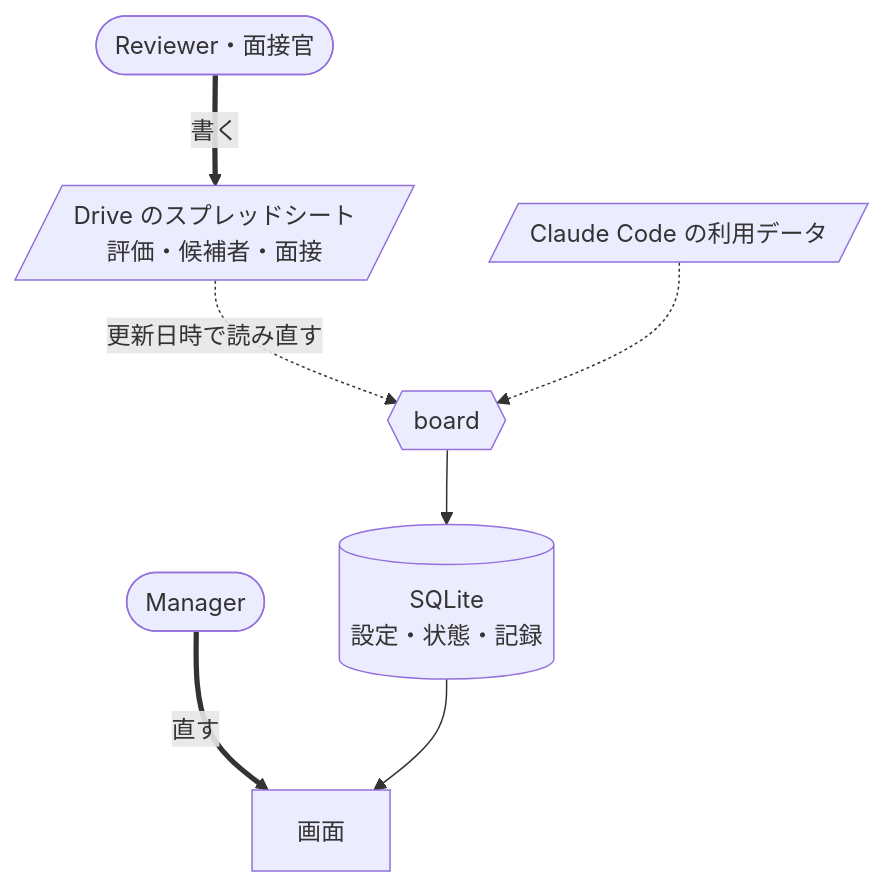
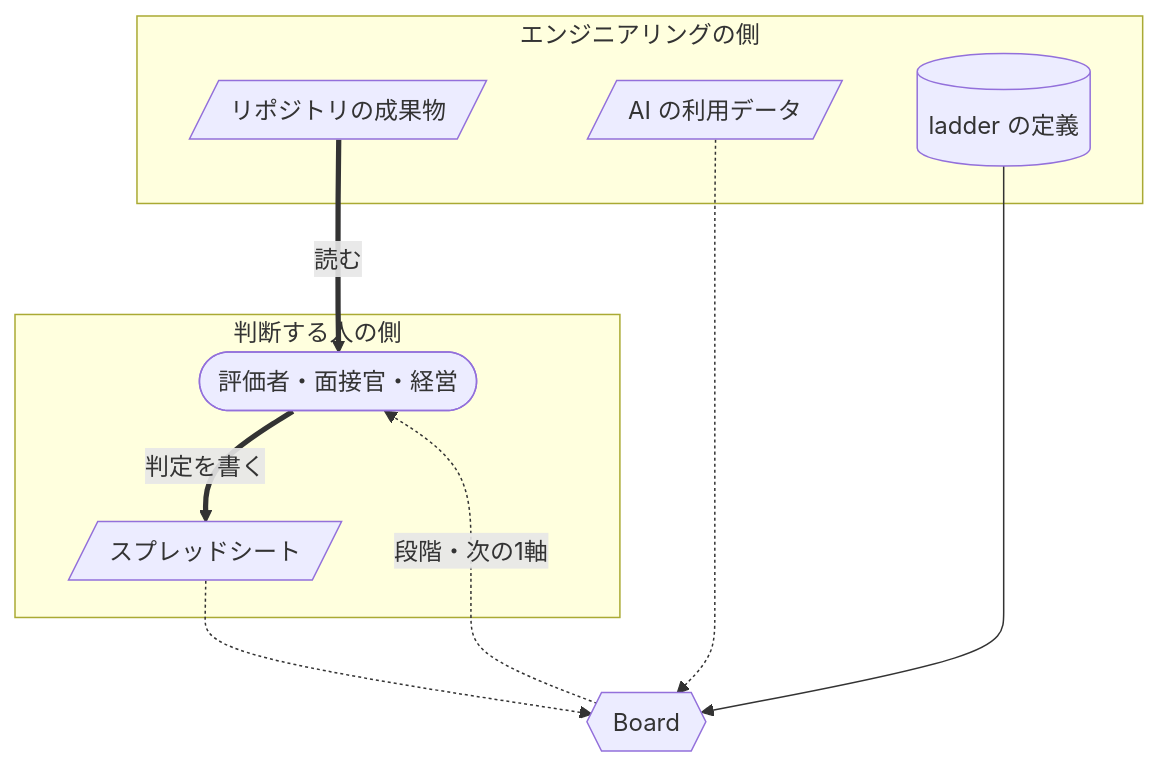
One commit to yktsnet/mgmt-kit changed the diagram in README.md. Above: the diagram before and after it, drawn with Mermaid. The commit also changed other lines of this file and 21 other files, not shown here.

````diff
--- a/README.md
+++ b/README.md
@@ -51,9 +54,16 @@
 ```mermaid
 flowchart TD
-    R([Reviewer・面接官]) ==>|書く| S[/Drive のスプレッドシート<br>評価・候補者・面接/]
-    M([Manager]) ==>|直す| UI
-    S -.->|更新日時で読み直す| B{{board}}
-    U[/Claude Code の利用データ/] -.-> B
-    B --> DB[(SQLite<br>設定・状態・記録)]
-    DB --> UI[画面]
+    subgraph P[判断する人の側]
+        H([評価者・面接官・経営]) ==>|判定を書く| S[/スプレッドシート/]
+    end
+    subgraph E[エンジニアリングの側]
+        W[/リポジトリの成果物/]
+        U[/AI の利用データ/]
+        L[(ladder の定義)]
+    end
+    W ==>|読む| H
+    S -.-> B{{Board}}
+    U -.-> B
+    L --> B
+    B -.->|段階・次の1軸| H
 ```
````
